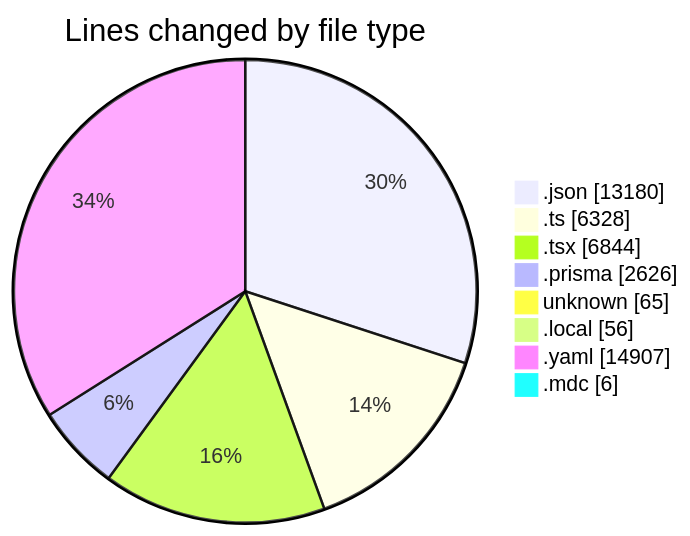
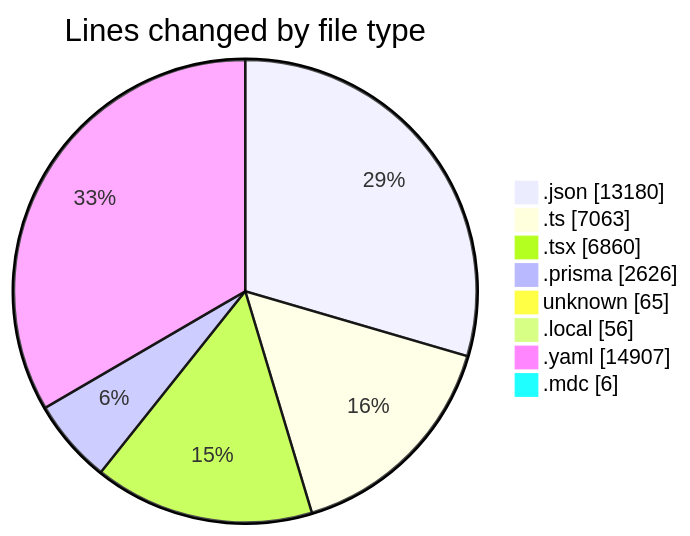
One commit to CELIANVF/code-tracking changed the first of 2 diagrams in 2025-05-15/ecodeli-1/README.md. Above: the diagram before and after it, drawn with Mermaid. The commit also changed other lines of this file and 1 other file, not shown here.

````diff
--- a/2025-05-15/ecodeli-1/README.md
+++ b/2025-05-15/ecodeli-1/README.md
@@ -63,12 +64,12 @@
 ```mermaid
 pie showData
 title Lines changed by file type
 ".json" : 13180
-".ts" : 6328
-".tsx" : 6844
+".ts" : 7063
+".tsx" : 6860
 ".prisma" : 2626
 "unknown" : 65
 ".local" : 56
 ".yaml" : 14907
 ".mdc" : 6
 ```
````
